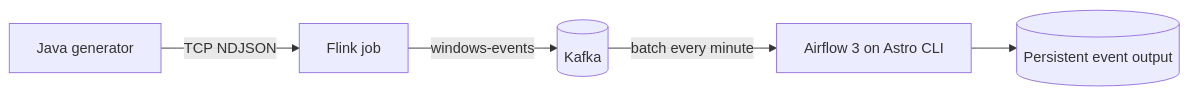
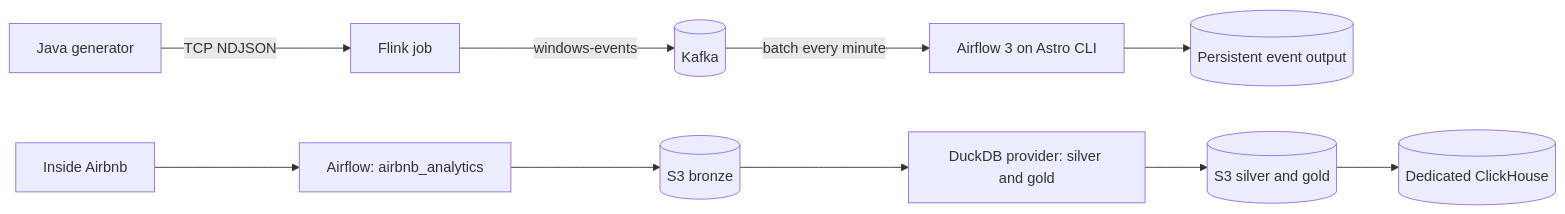
The diagram in README.md (vikramaditya-tatke/kafka-flink-airflow-pipeline), drawn with Mermaid before and after one commit. The commit also changed other lines of this file and 40 other files, not shown here.

Commit message:
feat(analytics): integrate Airbnb medallion pipeline with Airflow

````diff
--- a/README.md
+++ b/README.md
@@ -31,7 +42,12 @@
 ```mermaid
 flowchart LR
     Producer[Java generator] -->|TCP NDJSON| Flink[Flink job]
     Flink -->|windows-events| Kafka[(Kafka)]
     Kafka -->|batch every minute| Airflow[Airflow 3 on Astro CLI]
     Airflow --> SQLite[(Persistent event output)]
+    Source[Inside Airbnb] --> Batch[Airflow: airbnb_analytics]
+    Batch --> Bronze[(S3 bronze)]
+    Bronze --> SQL[DuckDB provider: silver and gold]
+    SQL --> S3[(S3 silver and gold)]
+    S3 --> CH[(Dedicated ClickHouse)]
 ```
````
